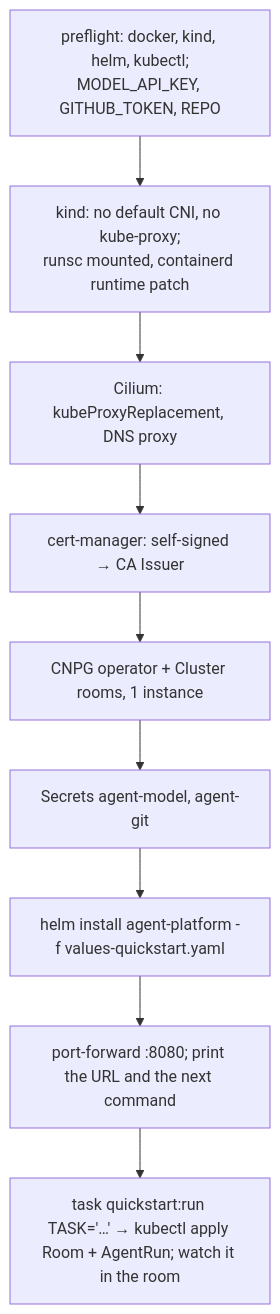
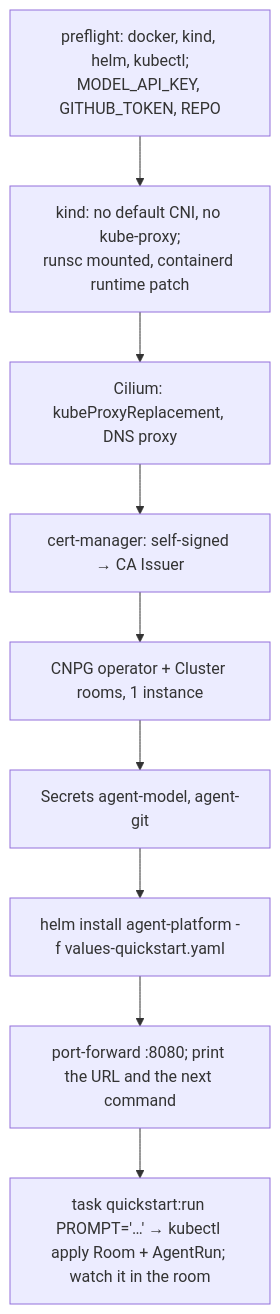
One commit to Smana/agent-platform changed the diagram in docs/superpowers/specs/2026-10-18-install-anywhere-design.md. Above: the diagram before and after it, drawn with Mermaid. The commit also changed 5 other files, not shown here.

Commit message:
fix(quickstart): rename the run variable to PROMPT, fail on any digest lookup, preflight buildx and the releases API

````diff
--- a/docs/superpowers/specs/2026-10-18-install-anywhere-design.md
+++ b/docs/superpowers/specs/2026-10-18-install-anywhere-design.md
@@ -126,11 +126,11 @@
 ```mermaid
 flowchart TD
   P[preflight: docker, kind, helm, kubectl;<br/>MODEL_API_KEY, GITHUB_TOKEN, REPO] --> K[kind: no default CNI, no kube-proxy;<br/>runsc mounted, containerd runtime patch]
   K --> C[Cilium: kubeProxyReplacement, DNS proxy]
   C --> M[cert-manager: self-signed → CA Issuer]
   M --> N[CNPG operator + Cluster rooms, 1 instance]
   N --> S[Secrets agent-model, agent-git]
   S --> H[helm install agent-platform -f values-quickstart.yaml]
   H --> F[port-forward :8080; print the URL and the next command]
-  F --> R["task quickstart:run TASK='…' → kubectl apply Room + AgentRun; watch it in the room"]
+  F --> R["task quickstart:run PROMPT='…' → kubectl apply Room + AgentRun; watch it in the room"]
 ```
````
